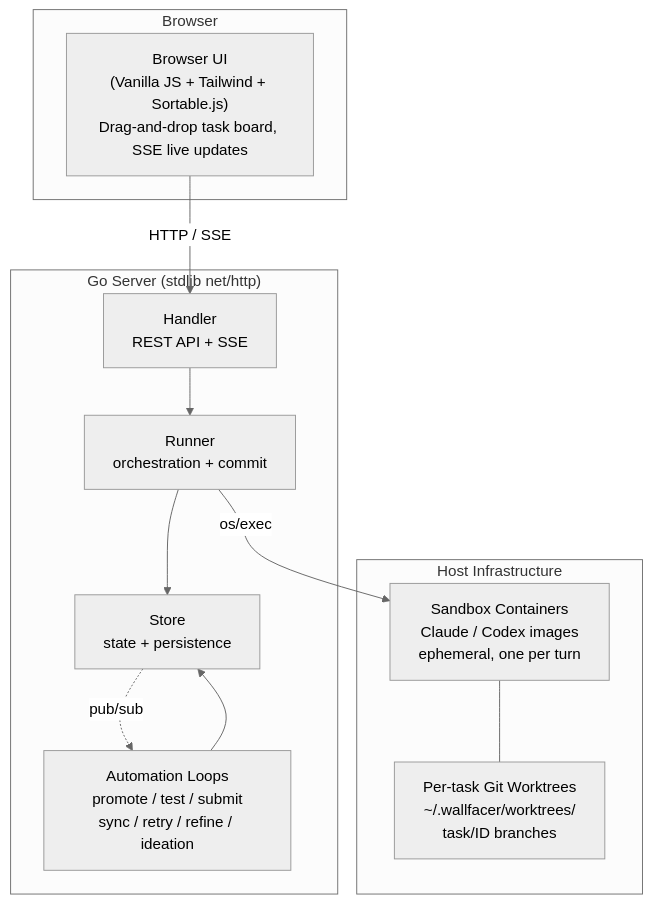
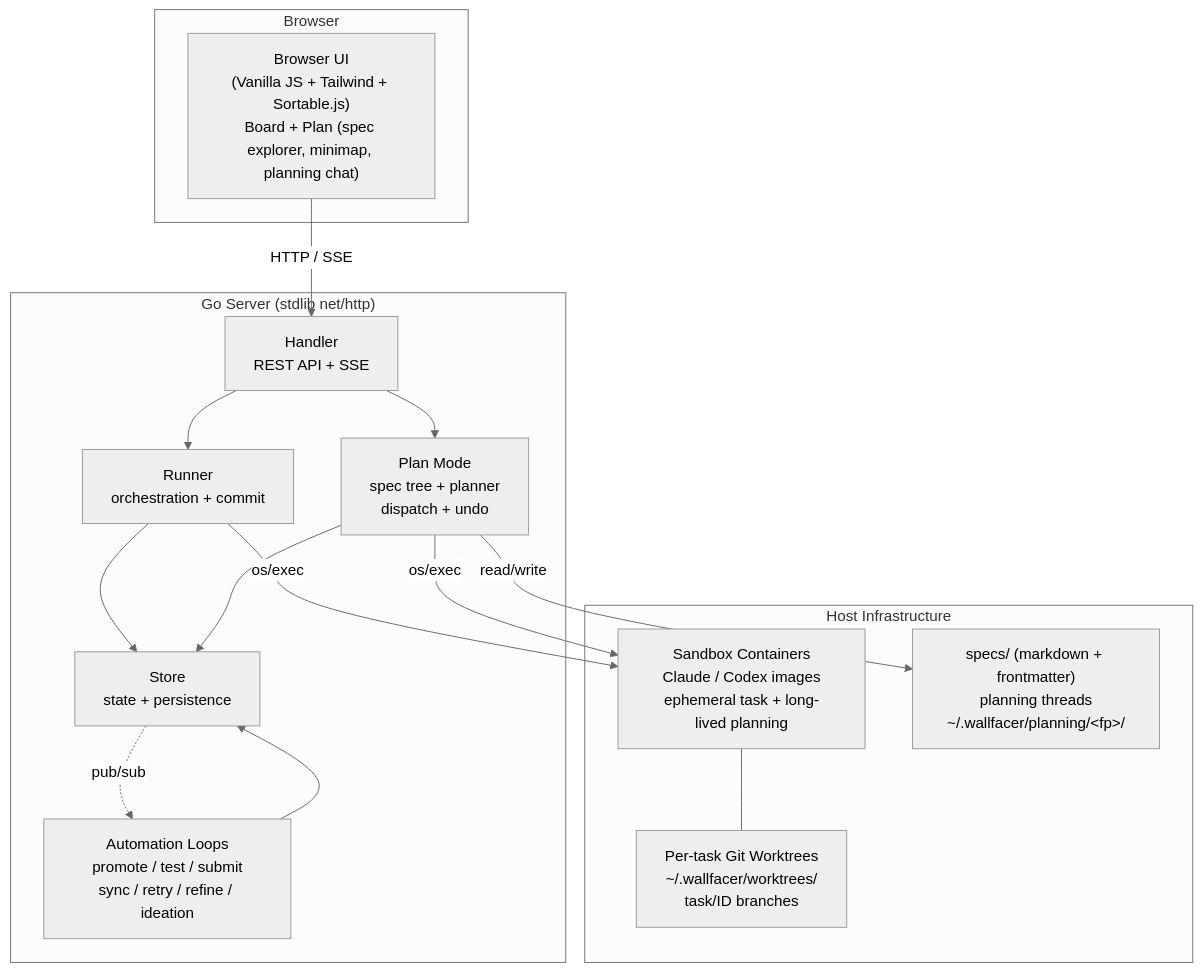
Before and after one commit to changkun/wallfacer: the first of 6 diagrams in docs/internals/architecture.md, drawn with Mermaid (neutral theme). The commit also changed other lines of this file and 2 other files, not shown here.

First line of the commit message:
docs/internals: add Plan Mode reference

````diff
--- a/docs/internals/architecture.md
+++ b/docs/internals/architecture.md
@@ -7,27 +7,33 @@
 ```mermaid
 graph TB
     subgraph Browser
-        UI["Browser UI<br/>(Vanilla JS + Tailwind + Sortable.js)<br/>Drag-and-drop task board, SSE live updates"]
+        UI["Browser UI<br/>(Vanilla JS + Tailwind + Sortable.js)<br/>Board + Plan (spec explorer, minimap, planning chat)"]
     end
 
     subgraph Server["Go Server (stdlib net/http)"]
         Handler["Handler<br/>REST API + SSE"]
         Runner["Runner<br/>orchestration + commit"]
         Store["Store<br/>state + persistence"]
         Automation["Automation Loops<br/>promote / test / submit<br/>sync / retry / refine / ideation"]
+        Plan["Plan Mode<br/>spec tree + planner<br/>dispatch + undo"]
 
         Handler --> Runner
+        Handler --> Plan
         Runner --> Store
         Automation --> Store
+        Plan --> Store
         Store -.->|pub/sub| Automation
     end
 
     subgraph Infra["Host Infrastructure"]
-        Containers["Sandbox Containers<br/>Claude / Codex images<br/>ephemeral, one per turn"]
+        Containers["Sandbox Containers<br/>Claude / Codex images<br/>ephemeral task + long-lived planning"]
         Worktrees["Per-task Git Worktrees<br/>~/.wallfacer/worktrees/<br/>task/ID branches"]
+        SpecsFS["specs/ (markdown + frontmatter)<br/>planning threads<br/>~/.wallfacer/planning/&lt;fp&gt;/"]
         Containers --- Worktrees
     end
 
     UI -->|"HTTP / SSE"| Handler
     Runner -->|os/exec| Containers
+    Plan -->|os/exec| Containers
+    Plan -->|read/write| SpecsFS
 ```
````
